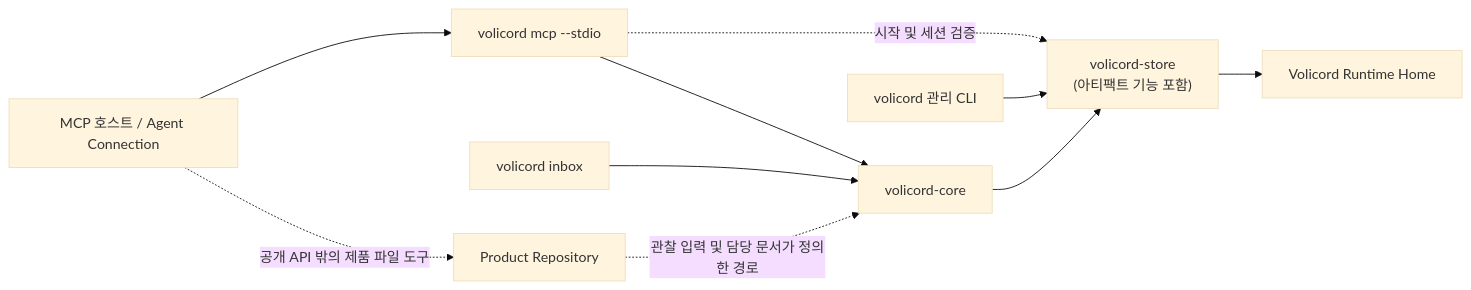
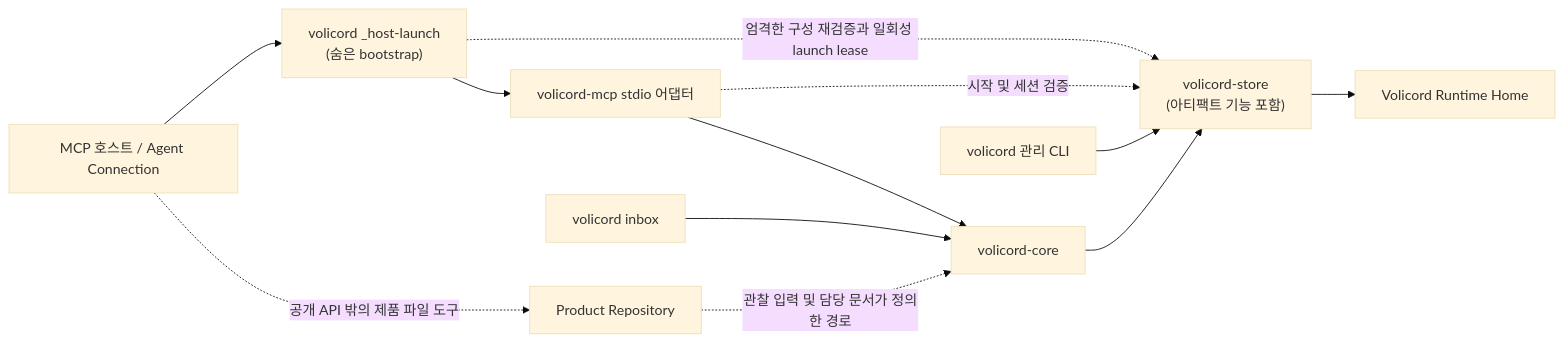
Before and after one commit to minjungw00/Volicord: the diagram in docs/ko/architecture-guide/architecture.md, drawn with Mermaid (base theme). The commit also changed other lines of this file and 62 other files, not shown here.

Commit message:
fix: bind managed MCP sessions to launch leases

````diff
--- a/docs/ko/architecture-guide/architecture.md
+++ b/docs/ko/architecture-guide/architecture.md
@@ -29,20 +29,22 @@
 ```mermaid
 flowchart LR
   host["MCP 호스트 / Agent Connection"]
-  mcp["volicord mcp --stdio"]
+  launcher["volicord _host-launch<br/>(숨은 bootstrap)"]
+  mcp["volicord-mcp stdio 어댑터"]
   cli["volicord 관리 CLI"]
   inbox["volicord inbox"]
   core["volicord-core"]
   store["volicord-store<br/>(아티팩트 기능 포함)"]
   runtime["Volicord Runtime Home"]
   product["Product Repository"]
 
-  host --> mcp --> core
+  host --> launcher --> mcp --> core
+  launcher -. 엄격한 구성 재검증과 일회성 launch lease .-> store
   mcp -. 시작 및 세션 검증 .-> store
   cli --> store
   inbox --> core
   core --> store
   store --> runtime
   product -. 관찰 입력 및 담당 문서가 정의한 경로 .-> core
   host -. 공개 API 밖의 제품 파일 도구 .-> product
 ```
````
